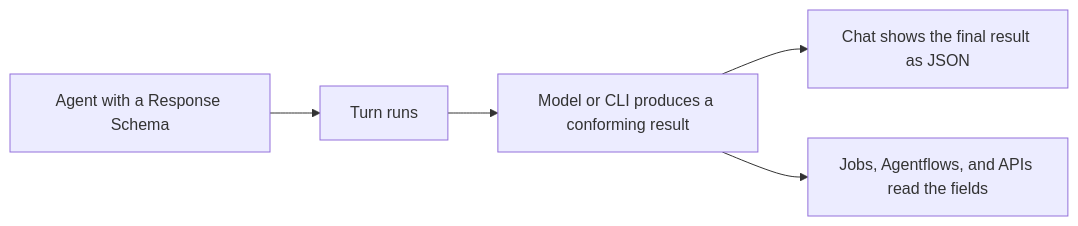
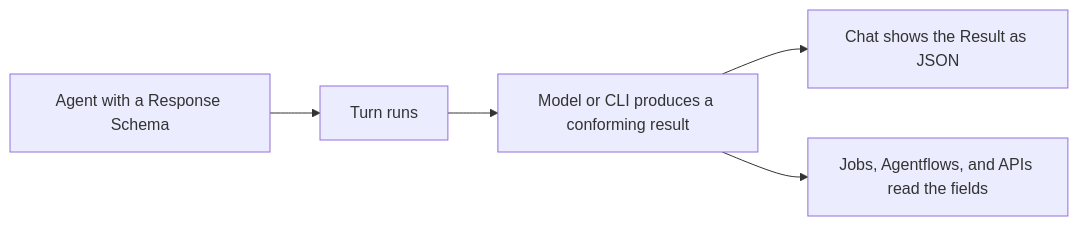
One commit to zxyao145/agw changed the diagram in site/content/docs/features/structured-output.en.md. Above: the diagram before and after it, drawn with Mermaid. The commit also changed other lines of this file and 72 other files, not shown here.

````diff
--- a/site/content/docs/features/structured-output.en.md
+++ b/site/content/docs/features/structured-output.en.md
@@ -51,7 +51,7 @@
 ```mermaid
 flowchart LR
     A["Agent with a Response Schema"] --> B["Turn runs"]
     B --> C["Model or CLI produces a conforming result"]
-    C --> D["Chat shows the final result as JSON"]
+    C --> D["Chat shows the Result as JSON"]
     C --> E["Jobs, Agentflows, and APIs read the fields"]
 ```
````
